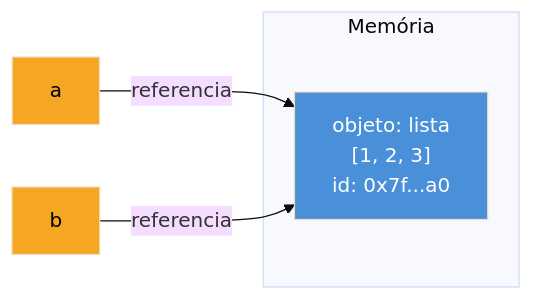
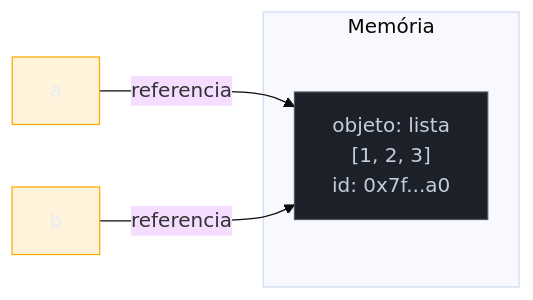
Before and after one commit to josenaldo/codex-technomanticus: the diagram in 03-Dominios/Tecnologia/Python/Core/02 - Tipos e variáveis.md, drawn with Mermaid (base theme). The commit also changed 1181 other files, not shown here.

First line of the commit message:
fix(diagramas): paleta do sistema no lugar de cor cravada no markdown

````diff
--- a/03-Dominios/Tecnologia/Python/Core/02 - Tipos e variáveis.md
+++ b/03-Dominios/Tecnologia/Python/Core/02 - Tipos e variáveis.md
@@ -122,12 +122,14 @@
 ```mermaid
 flowchart LR
+    classDef neutro fill:#1B2029,stroke:#4E5666,color:#C6CCD8
+    classDef destaque fill:#FFAA0024,stroke:#FFAA00,color:#E9ECF2
     subgraph Memória
         obj1["objeto: lista<br/>[1, 2, 3]<br/>id: 0x7f...a0"]
     end
     a["a"] -->|referencia| obj1
     b["b"] -->|referencia| obj1
 
-    style obj1 fill:#4A90D9,color:#fff
-    style a fill:#F5A623,color:#000
-    style b fill:#F5A623,color:#000
+    class obj1 neutro
+    class a destaque
+    class b destaque
 ```
````
